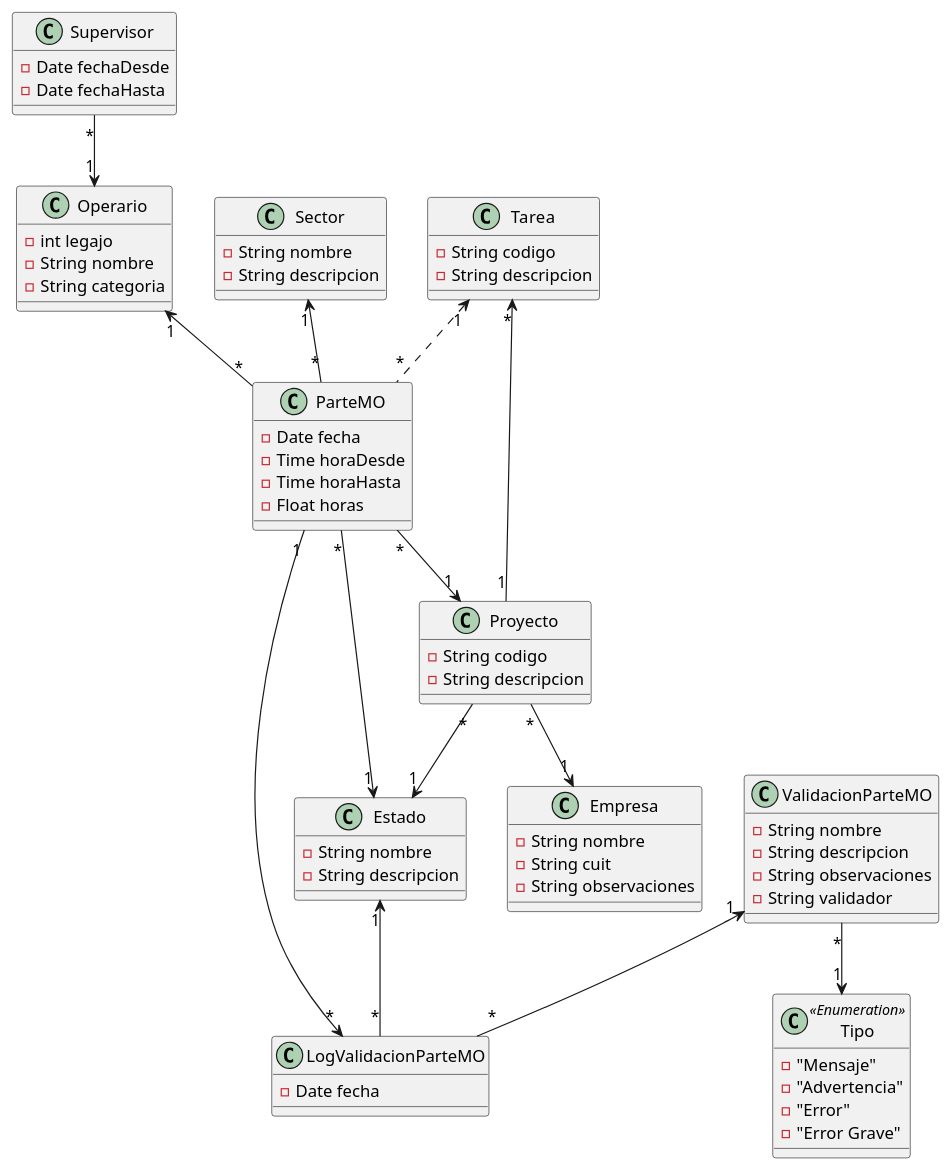
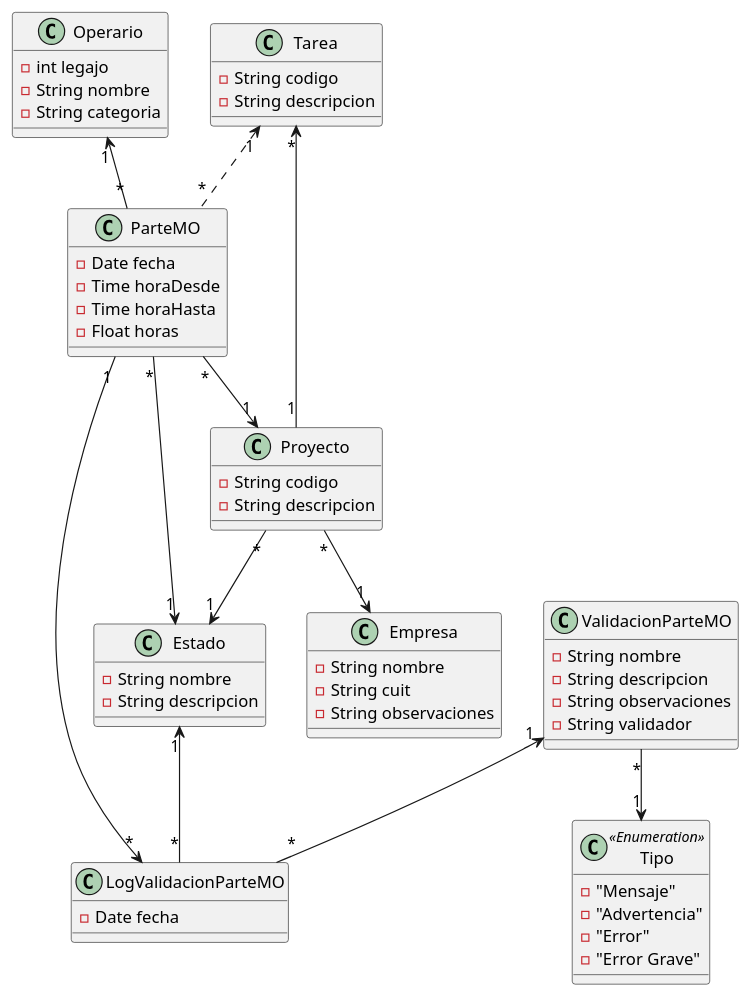
The diagram in diagrama.pu (bristalandres/partesmo), drawn with PlantUML before and after one commit.

Commit message:
Replace diagrama.pu

```diff
--- a/diagrama.pu
+++ b/diagrama.pu
@@ -1,67 +1,57 @@
 @startuml
-Supervisor "*"--> "1" Operario
-Sector "1" <--"*" ParteMO
 Operario "1" <--"*" ParteMO
 Tarea "1" <.. "*" ParteMO
 ParteMO "*" --> "1" Estado
 ParteMO "*" --> "1" Proyecto
 Tarea "*" <-- "1" Proyecto
 Proyecto "*" --> "1" Estado
 Proyecto "*"--> "1" Empresa
 ParteMO "1" --> "*" LogValidacionParteMO
 Estado "1" <-- "*" LogValidacionParteMO
 ValidacionParteMO "1" <-- "*" LogValidacionParteMO
 ValidacionParteMO "*" --> "1" Tipo
 
-class Supervisor{
-  -Date fechaDesde
-  -Date fechaHasta
-}
 class Operario{
   -int legajo
   -String nombre
   -String categoria
-}
-class Sector{
-  -String nombre
-  -String descripcion
 }
 class Tarea{
   -String codigo
   -String descripcion
 }
 class ParteMO{
   -Date fecha
   -Time horaDesde
   -Time horaHasta
   -Float horas
 }
 class Proyecto{
   -String codigo
   -String descripcion
 }
 class Empresa{
   -String nombre
   -String cuit
   -String observaciones
 }
 class Estado{
   -String nombre
   -String descripcion
 }
 class LogValidacionParteMO{
   -Date fecha
 }
 class ValidacionParteMO{
   -String nombre
   -String descripcion
   -String observaciones
   -String validador
 }
 class Tipo<<Enumeration>>{
   -"Mensaje"
   -"Advertencia"
   -"Error"
   -"Error Grave"
 }
 @enduml
```
